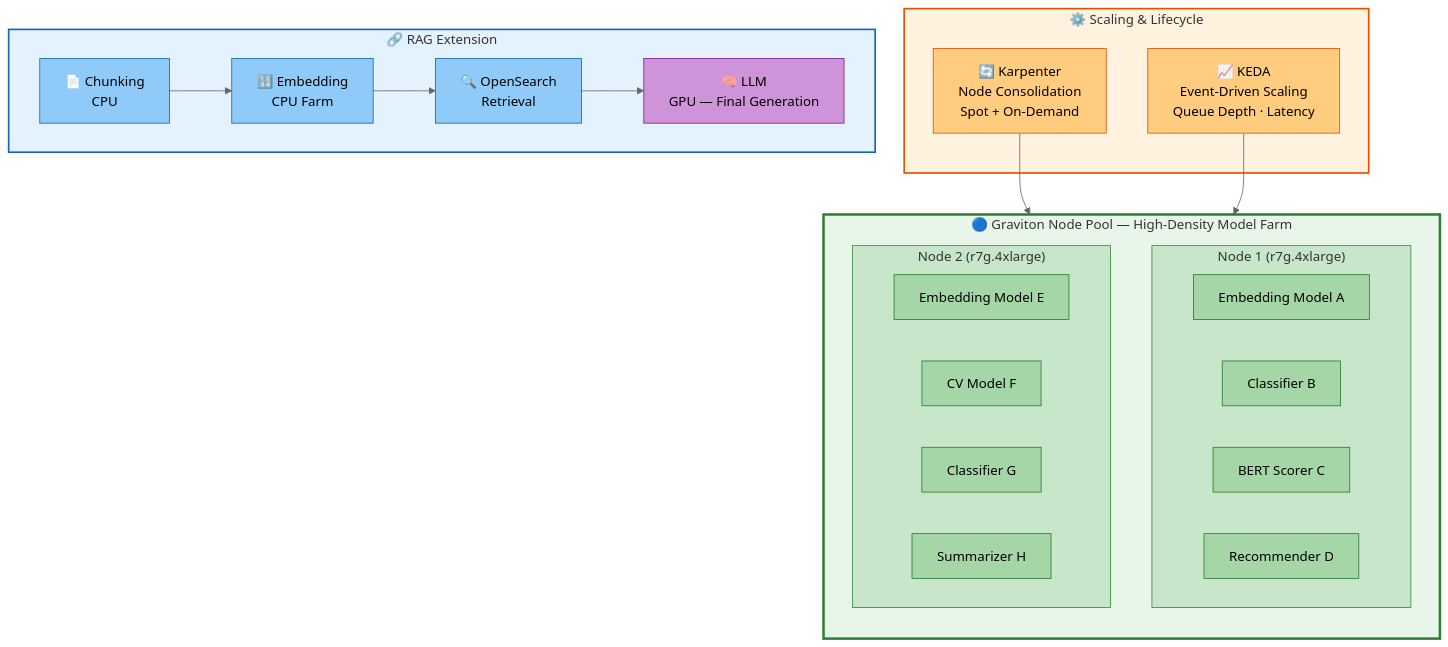
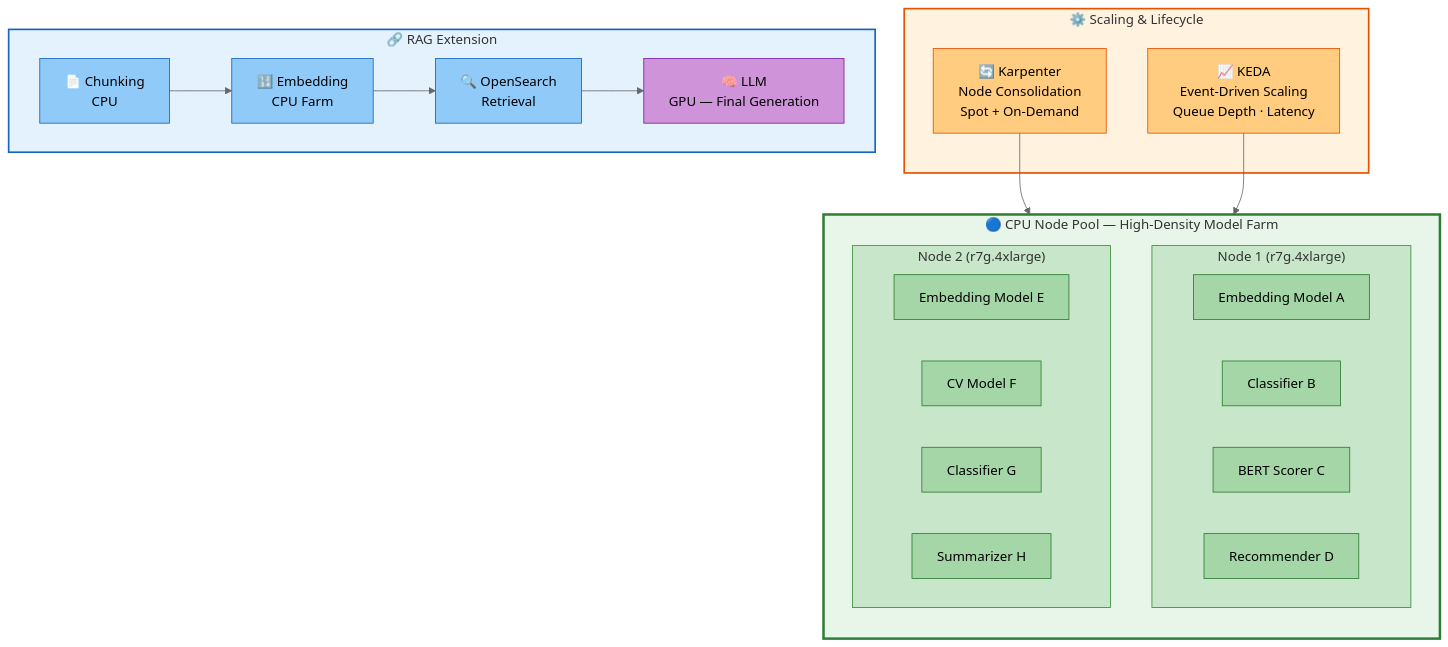
Before and after one commit to chrismld/ai-on-eks: the third of 4 diagrams in website/docs/guidance/cpu-inference.md, drawn with Mermaid (neutral theme). The commit also changed other lines of this file, not shown here.

````diff
--- a/website/docs/guidance/cpu-inference.md
+++ b/website/docs/guidance/cpu-inference.md
@@ -220,55 +216,55 @@
 ```mermaid
 flowchart TB
     subgraph Scaling ["⚙️ Scaling & Lifecycle"]
         Karpenter["🔄 Karpenter<br/>Node Consolidation<br/>Spot + On-Demand"]
         KEDA["📈 KEDA<br/>Event-Driven Scaling<br/>Queue Depth · Latency"]
     end
 
-    subgraph CPU_Farm ["🔵 Graviton Node Pool — High-Density Model Farm"]
+    subgraph CPU_Farm ["🔵 CPU Node Pool — High-Density Model Farm"]
         direction TB
         subgraph Node1 ["Node 1 (r7g.4xlarge)"]
             M1["Embedding Model A"]
             M2["Classifier B"]
             M3["BERT Scorer C"]
             M4["Recommender D"]
         end
         subgraph Node2 ["Node 2 (r7g.4xlarge)"]
             M5["Embedding Model E"]
             M6["CV Model F"]
             M7["Classifier G"]
             M8["Summarizer H"]
         end
     end
 
     subgraph RAG_Flow ["🔗 RAG Extension"]
         Chunk["📄 Chunking<br/>CPU"]
         Embed["🔢 Embedding<br/>CPU Farm"]
         Search["🔍 OpenSearch<br/>Retrieval"]
         LLM_Gen["🧠 LLM<br/>GPU — Final Generation"]
     end
 
     Karpenter --> CPU_Farm
     KEDA --> CPU_Farm
     Chunk --> Embed --> Search --> LLM_Gen
 
     style Scaling fill:#fff3e0,stroke:#e65100,stroke-width:2px
     style CPU_Farm fill:#e8f5e9,stroke:#2e7d32,stroke-width:3px
     style RAG_Flow fill:#e3f2fd,stroke:#1565c0,stroke-width:2px
     style Node1 fill:#c8e6c9,stroke:#388e3c
     style Node2 fill:#c8e6c9,stroke:#388e3c
 
     style Karpenter fill:#ffcc80,stroke:#e65100,color:#000
     style KEDA fill:#ffcc80,stroke:#e65100,color:#000
     style M1 fill:#a5d6a7,stroke:#2e7d32,color:#000
     style M2 fill:#a5d6a7,stroke:#2e7d32,color:#000
     style M3 fill:#a5d6a7,stroke:#2e7d32,color:#000
     style M4 fill:#a5d6a7,stroke:#2e7d32,color:#000
     style M5 fill:#a5d6a7,stroke:#2e7d32,color:#000
     style M6 fill:#a5d6a7,stroke:#2e7d32,color:#000
     style M7 fill:#a5d6a7,stroke:#2e7d32,color:#000
     style M8 fill:#a5d6a7,stroke:#2e7d32,color:#000
     style Chunk fill:#90caf9,stroke:#1565c0,color:#000
     style Embed fill:#90caf9,stroke:#1565c0,color:#000
     style Search fill:#90caf9,stroke:#1565c0,color:#000
     style LLM_Gen fill:#ce93d8,stroke:#7b1fa2,color:#000
 ```
````
